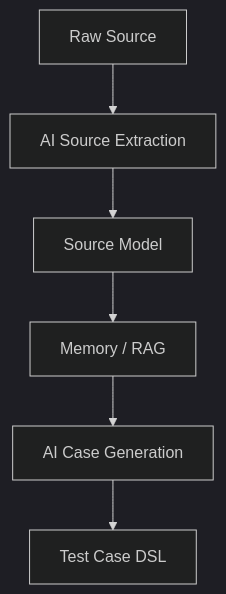
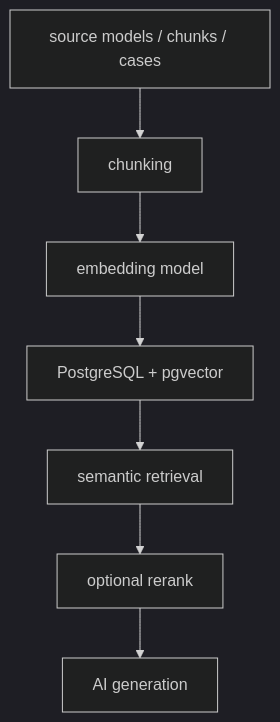
Before and after one commit to Campaignhatsecretin185/ai-design2test: the fourth of 5 diagrams in DESIGN.md, drawn with Mermaid (dark theme). The commit also changed other lines of this file and 1 other file, not shown here.

````diff
--- a/DESIGN.md
+++ b/DESIGN.md
@@ -1290,8 +346,9 @@
 ```mermaid
 flowchart TD
-  A["Raw Source"] --> B["AI Source Extraction"]
-  B --> C["Source Model"]
-  C --> D["Memory / RAG"]
-  D --> E["AI Case Generation"]
-  E --> F["Test Case DSL"]
+  A["source models / chunks / cases"] --> B["chunking"]
+  B --> C["embedding model"]
+  C --> D["PostgreSQL + pgvector"]
+  D --> E["semantic retrieval"]
+  E --> F["optional rerank"]
+  F --> G["AI generation"]
 ```
````
